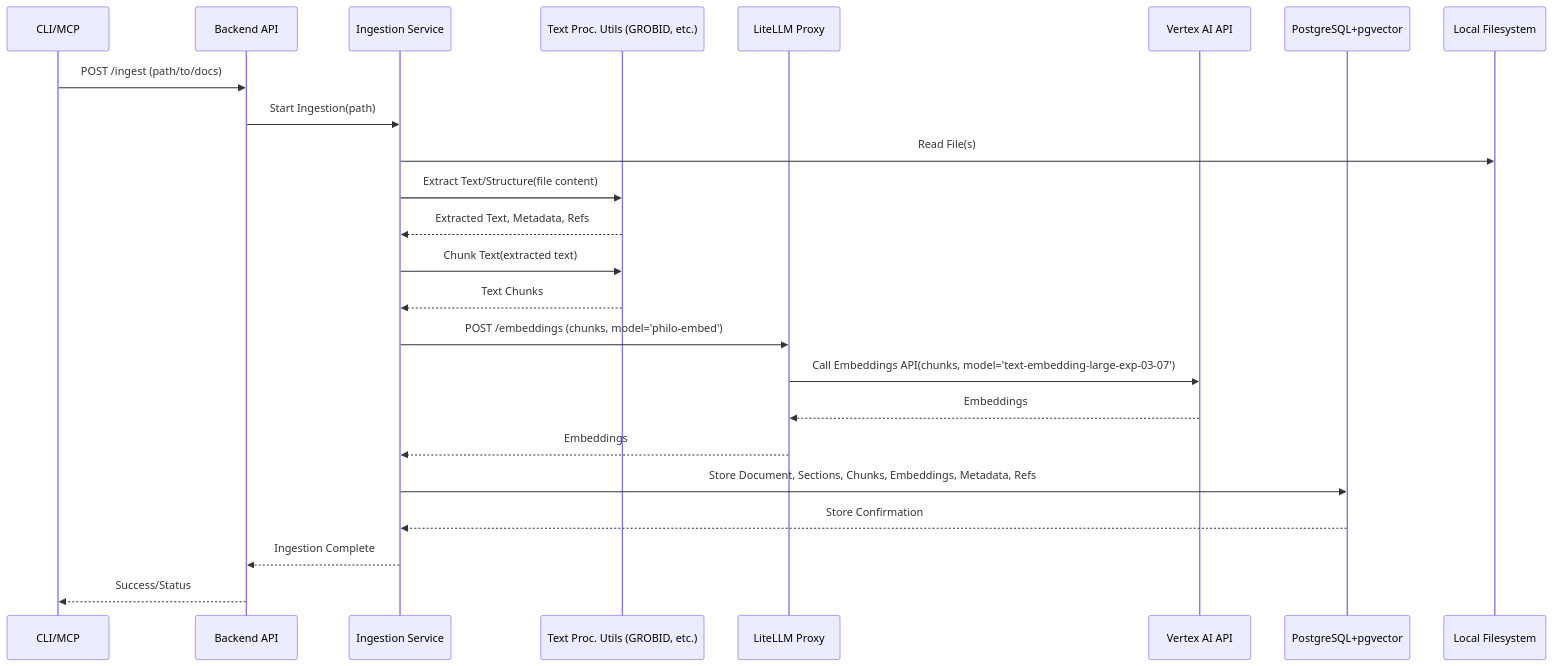
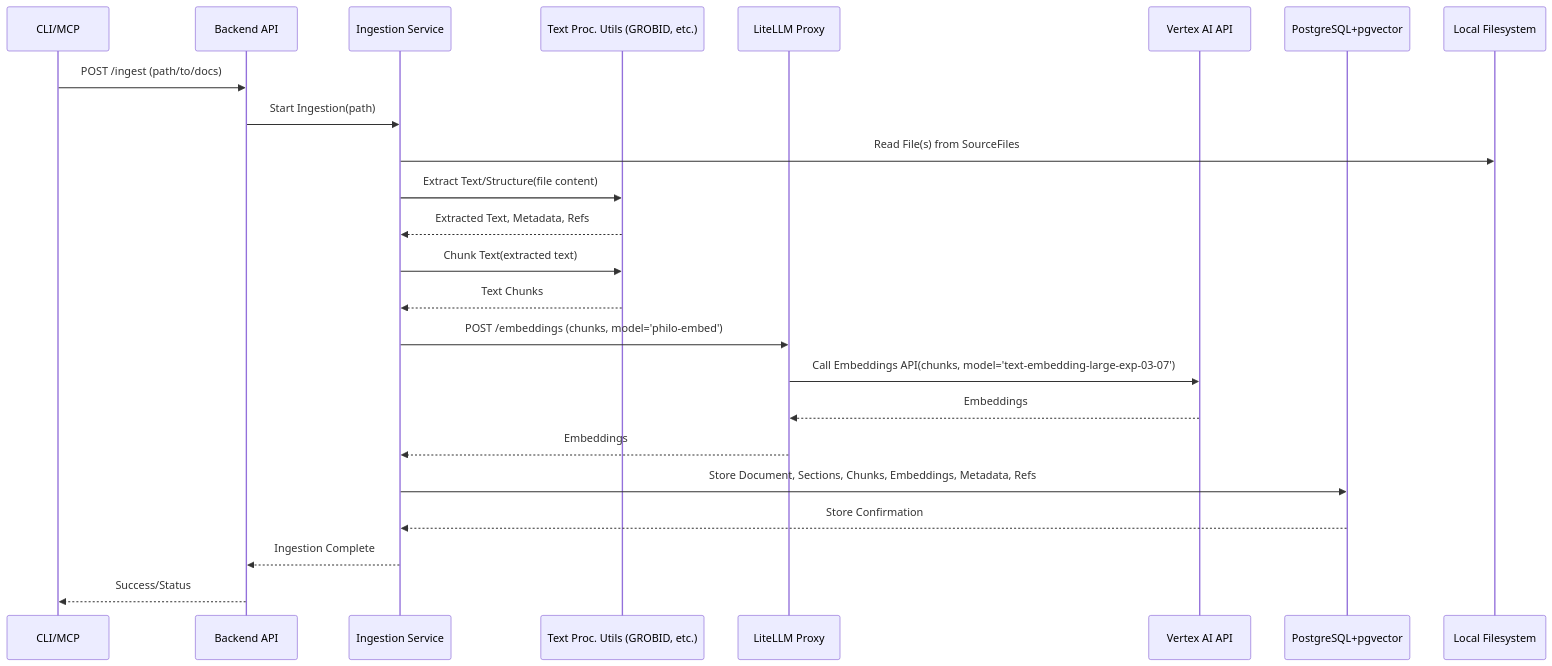
Before and after one commit to loganrooks/mcp-vector-database: the second of 4 diagrams in docs/architecture/tier0_mvp_architecture.md, drawn with Mermaid. The commit also changed other lines of this file, not shown here.

Commit message:
feat(docs): Update Tier 0 MVP architecture to include zlibrary-mcp integration and clarify component responsibilities

````diff
--- a/docs/architecture/tier0_mvp_architecture.md
+++ b/docs/architecture/tier0_mvp_architecture.md
@@ -115,27 +135,27 @@
 ```mermaid
 sequenceDiagram
     participant CLI as CLI/MCP
     participant API as Backend API
     participant IngestSvc as Ingestion Service
     participant TPUtils as Text Proc. Utils (GROBID, etc.)
     participant LiteProxy as LiteLLM Proxy
     participant VertexAI as Vertex AI API
     participant DB as PostgreSQL+pgvector
     participant FS as Local Filesystem
 
     CLI->>API: POST /ingest (path/to/docs)
     API->>IngestSvc: Start Ingestion(path)
-    IngestSvc->>FS: Read File(s)
+    IngestSvc->>FS: Read File(s) from SourceFiles
     IngestSvc->>TPUtils: Extract Text/Structure(file content)
     TPUtils-->>IngestSvc: Extracted Text, Metadata, Refs
     IngestSvc->>TPUtils: Chunk Text(extracted text)
     TPUtils-->>IngestSvc: Text Chunks
     IngestSvc->>LiteProxy: POST /embeddings (chunks, model='philo-embed')
     LiteProxy->>VertexAI: Call Embeddings API(chunks, model='text-embedding-large-exp-03-07')
     VertexAI-->>LiteProxy: Embeddings
     LiteProxy-->>IngestSvc: Embeddings
     IngestSvc->>DB: Store Document, Sections, Chunks, Embeddings, Metadata, Refs
     DB-->>IngestSvc: Store Confirmation
     IngestSvc-->>API: Ingestion Complete
     API-->>CLI: Success/Status
 ```
````
